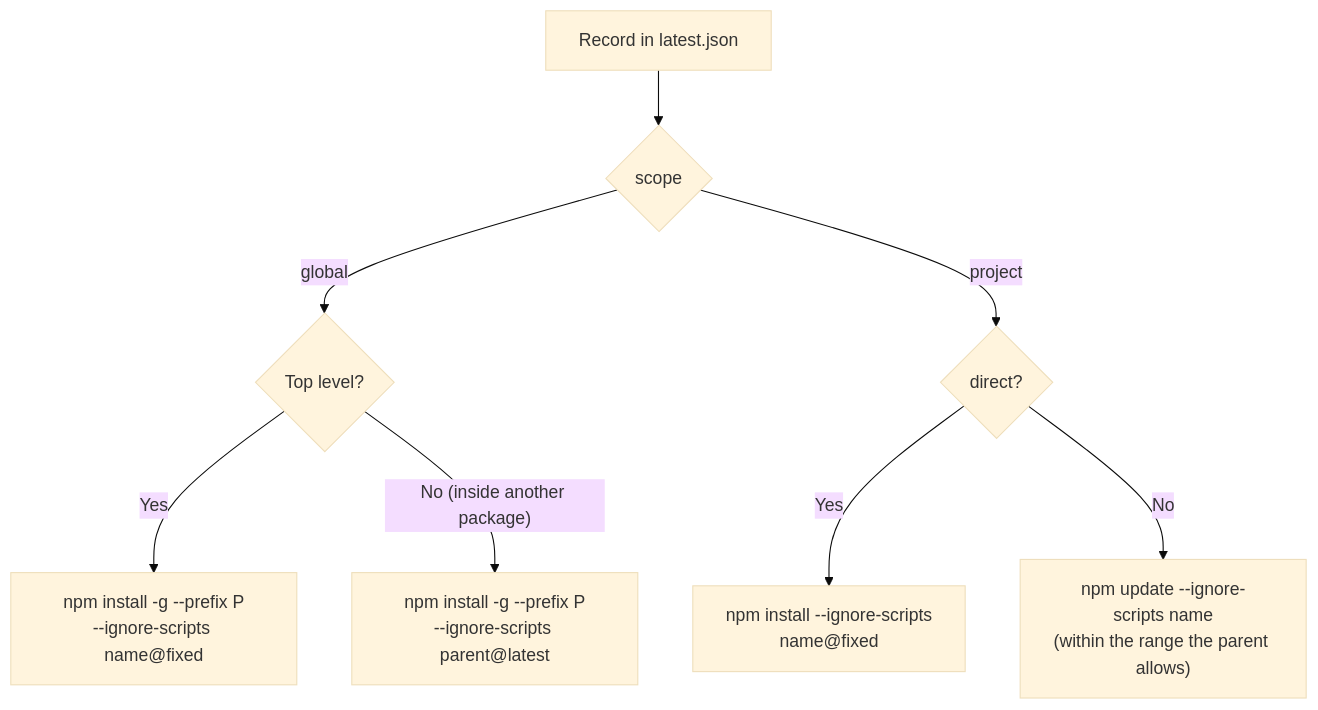
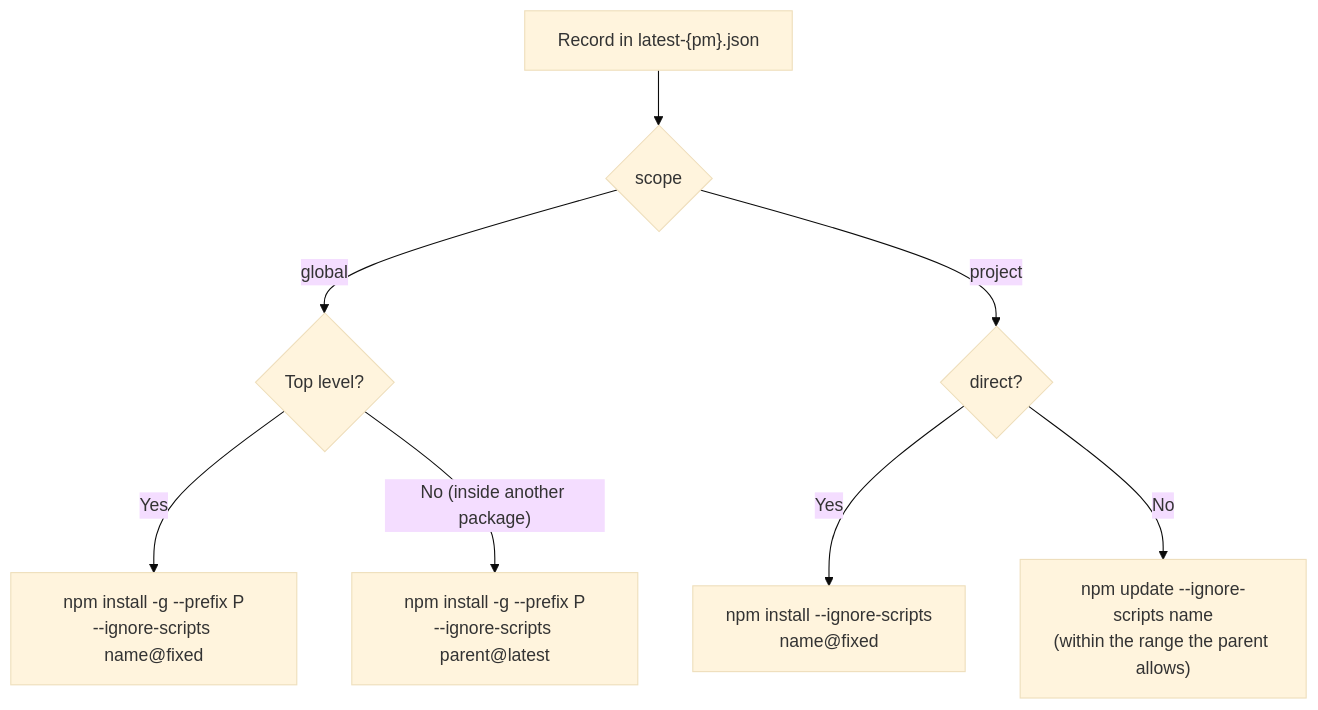
One commit to phanhuyyy/libpack-guard changed the ninth of 12 diagrams in docs/en/workflows.md. Above: the diagram before and after it, drawn with Mermaid (base theme). The commit also changed other lines of this file and 50 other files, not shown here.

````diff
--- a/docs/en/workflows.md
+++ b/docs/en/workflows.md
@@ -247,10 +247,10 @@
 ```mermaid
 flowchart TD
-    R["Record in latest.json"] --> G{"scope"}
+    R["Record in latest-{pm}.json"] --> G{"scope"}
     G -- global --> Top{"Top level?"}
     Top -- Yes --> A1["npm install -g --prefix P<br/>--ignore-scripts name@fixed"]
     Top -- "No (inside another package)" --> A2["npm install -g --prefix P<br/>--ignore-scripts parent@latest"]
     G -- project --> Dir{"direct?"}
     Dir -- Yes --> A3["npm install --ignore-scripts<br/>name@fixed"]
     Dir -- No --> A4["npm update --ignore-scripts name<br/>(within the range the parent allows)"]
 ```
````
